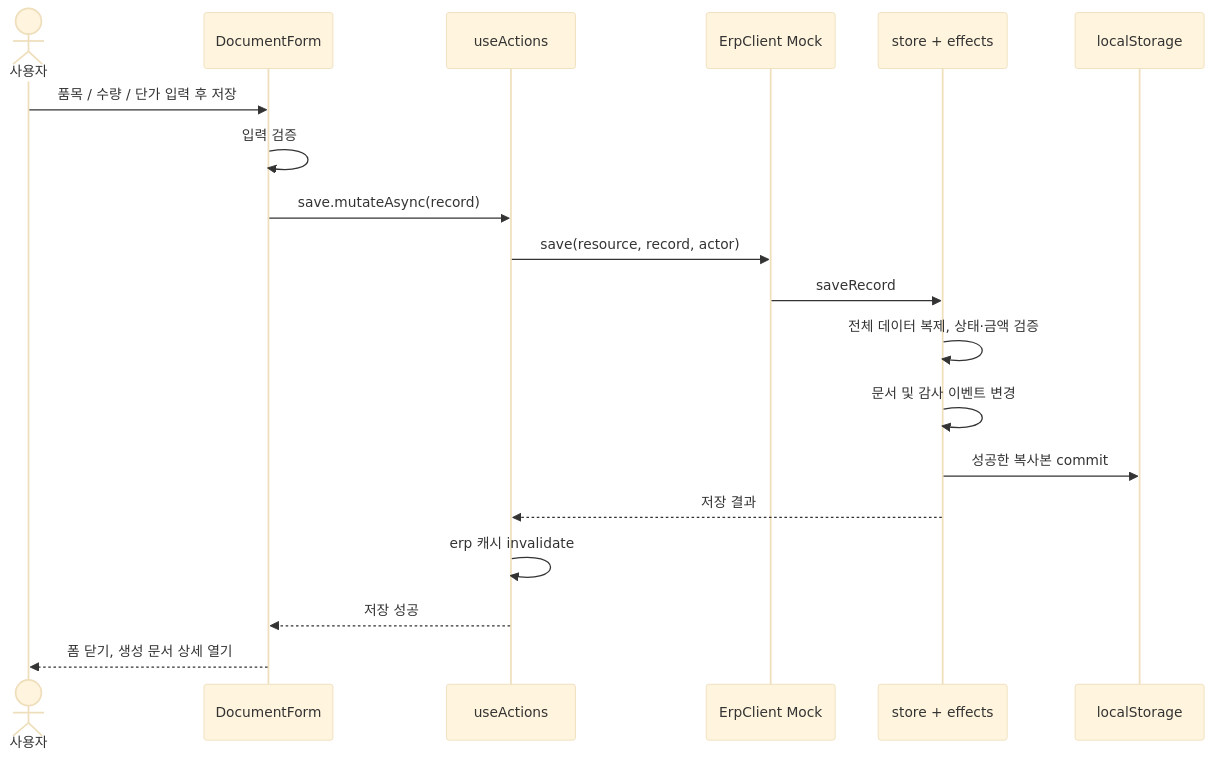
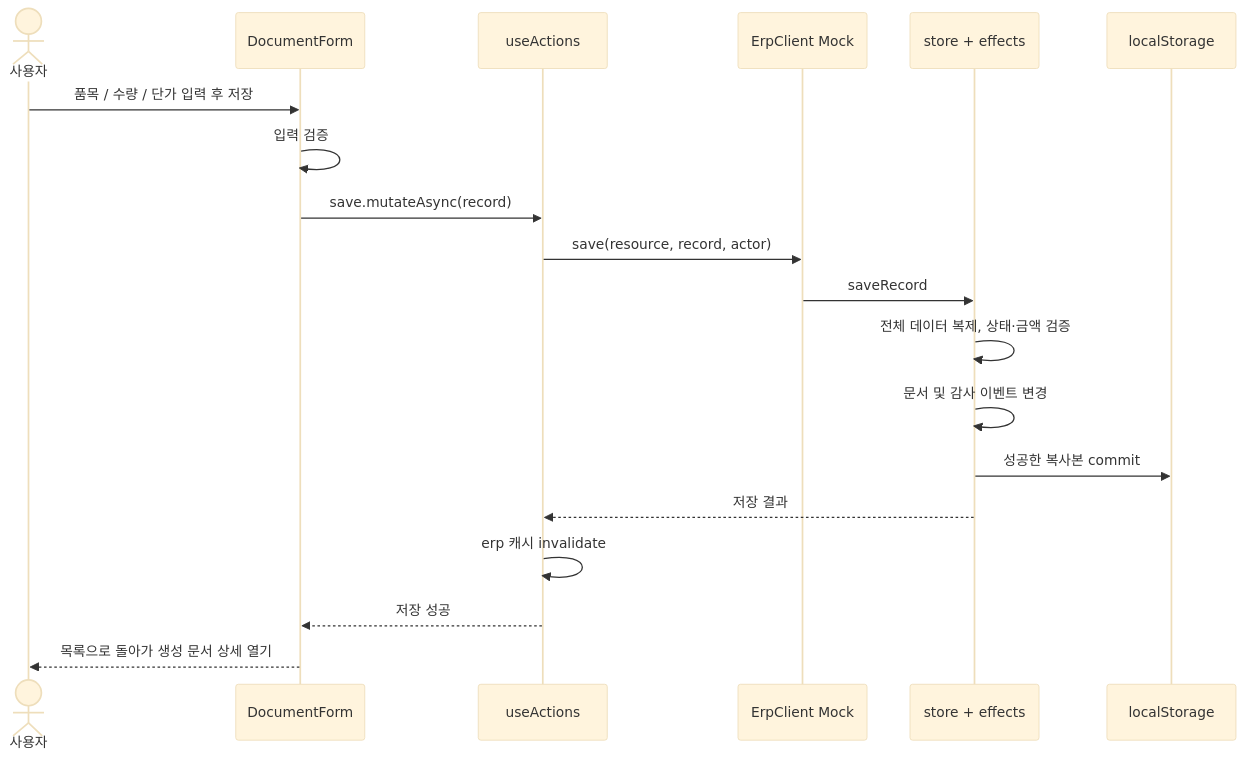
One commit to kimini02/k-flow-erp changed the second of 2 diagrams in docs/FRONTEND-ARCHITECTURE.md. Above: the diagram before and after it, drawn with Mermaid (base theme). The commit also changed other lines of this file and 11 other files, not shown here.

````diff
--- a/docs/FRONTEND-ARCHITECTURE.md
+++ b/docs/FRONTEND-ARCHITECTURE.md
@@ -151,21 +161,21 @@
 ```mermaid
 sequenceDiagram
   actor U as 사용자
   participant F as DocumentForm
   participant Q as useActions
   participant A as ErpClient Mock
   participant S as store + effects
   participant L as localStorage
   U->>F: 품목 / 수량 / 단가 입력 후 저장
   F->>F: 입력 검증
   F->>Q: save.mutateAsync(record)
   Q->>A: save(resource, record, actor)
   A->>S: saveRecord
   S->>S: 전체 데이터 복제, 상태·금액 검증
   S->>S: 문서 및 감사 이벤트 변경
   S->>L: 성공한 복사본 commit
   S-->>Q: 저장 결과
   Q->>Q: erp 캐시 invalidate
   Q-->>F: 저장 성공
-  F-->>U: 폼 닫기, 생성 문서 상세 열기
+  F-->>U: 목록으로 돌아가 생성 문서 상세 열기
 ```
````
